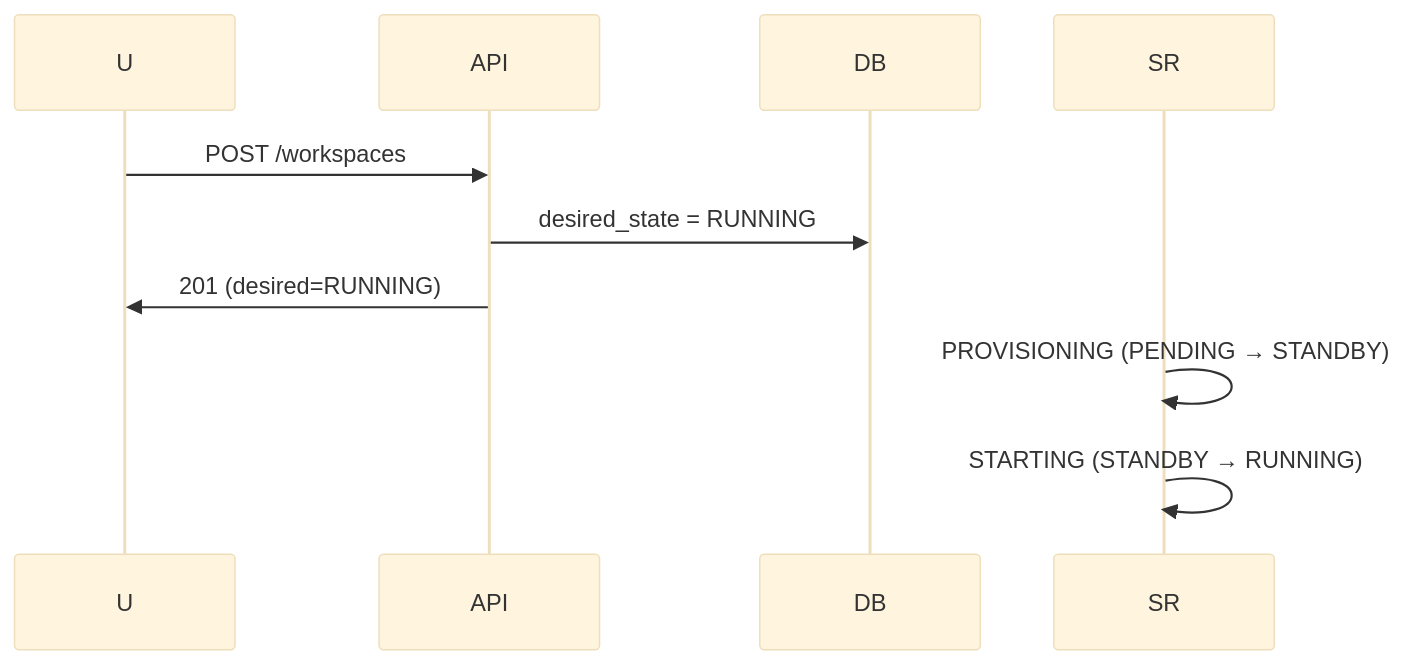
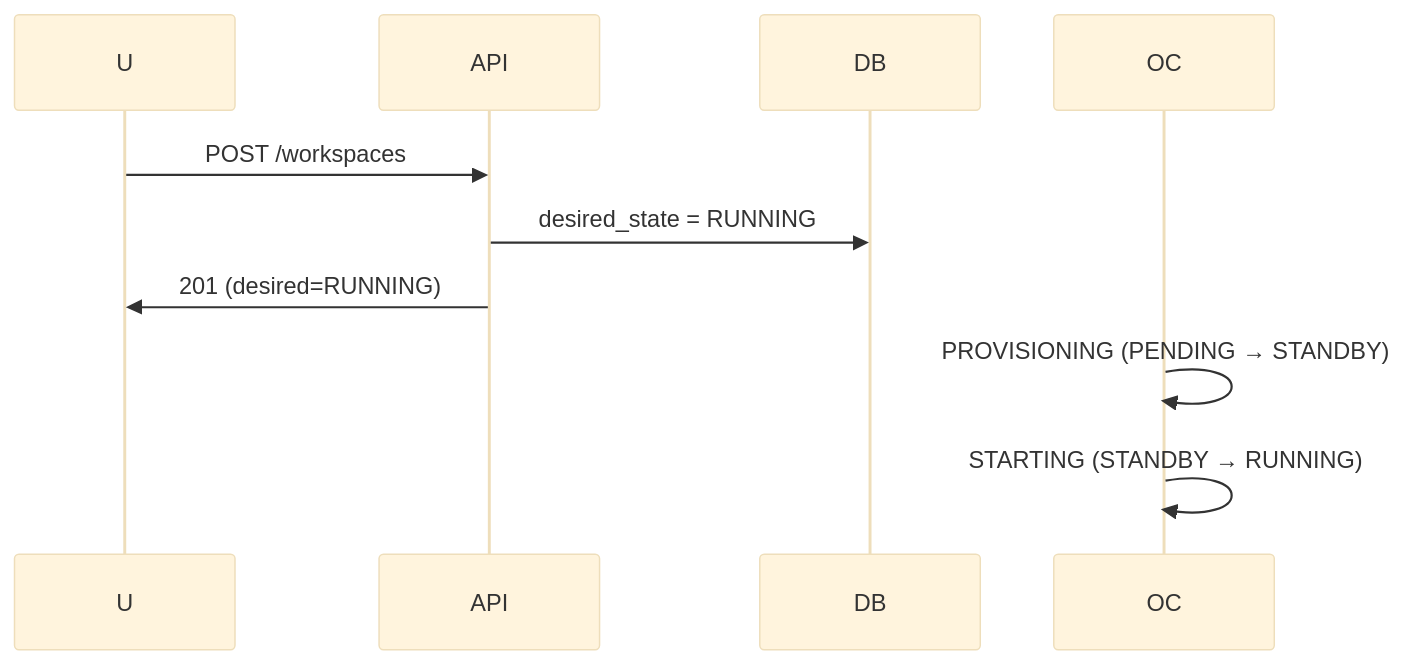
One commit to cagojeiger/code-hub changed the fourth of 7 diagrams in docs/spec_v2/02-states.md. Above: the diagram before and after it, drawn with Mermaid (base theme). The commit also changed other lines of this file and 6 other files, not shown here.

````diff
--- a/docs/spec_v2/02-states.md
+++ b/docs/spec_v2/02-states.md
@@ -277,8 +277,8 @@
 ```mermaid
 sequenceDiagram
     U->>API: POST /workspaces
     API->>DB: desired_state = RUNNING
     API->>U: 201 (desired=RUNNING)
-    SR->>SR: PROVISIONING (PENDING → STANDBY)
-    SR->>SR: STARTING (STANDBY → RUNNING)
+    OC->>OC: PROVISIONING (PENDING → STANDBY)
+    OC->>OC: STARTING (STANDBY → RUNNING)
 ```
````
